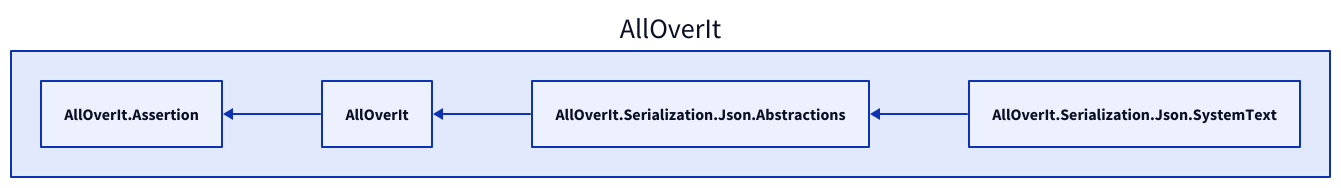
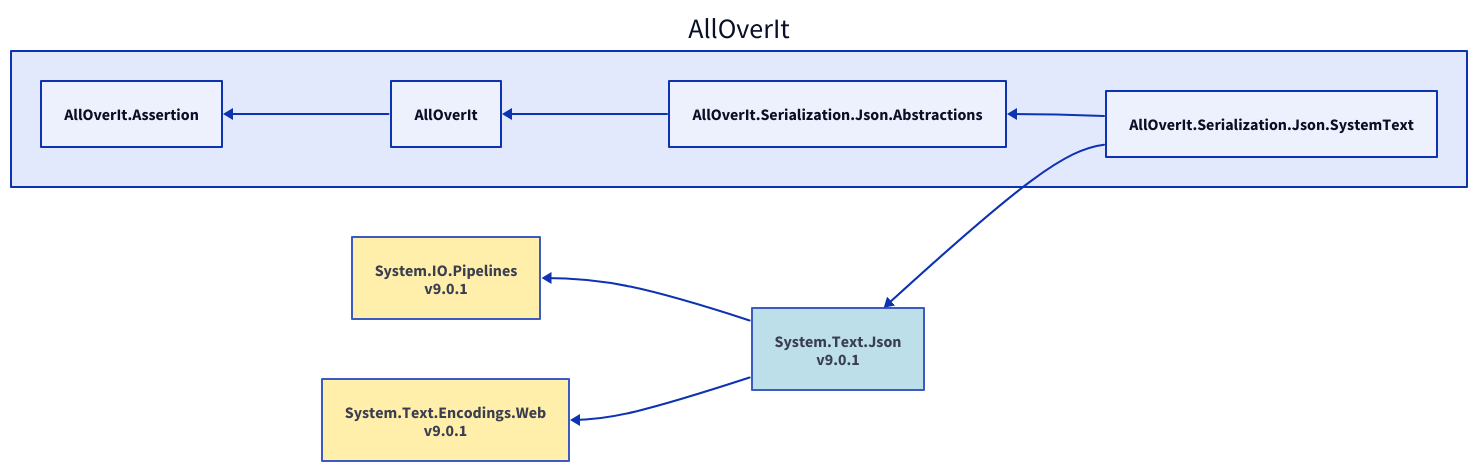
One commit to mjfreelancing/AllOverIt changed the diagram in Docs/Reference/Content/images/dependencies/net8.0/alloverit-serialization-json-systemtext.d2. Above: the diagram before and after it, drawn with D2. The commit also changed 65 other files, not shown here.

```diff
--- a/Docs/Reference/Content/images/dependencies/net8.0/alloverit-serialization-json-systemtext.d2
+++ b/Docs/Reference/Content/images/dependencies/net8.0/alloverit-serialization-json-systemtext.d2
@@ -1,10 +1,22 @@
 direction: left
 
 aoi: AllOverIt
 aoi.alloverit-serialization-json-systemtext: AllOverIt.Serialization.Json.SystemText
+system-text-json_9-0-1: System.Text.Json\nv9.0.1
+system-text-json_9-0-1.style.fill: "#ADD8E6"
+system-text-json_9-0-1.style.opacity: 0.8
+system-io-pipelines_9-0-1: System.IO.Pipelines\nv9.0.1
+system-io-pipelines_9-0-1.style.fill: "#FFEC96"
+system-io-pipelines_9-0-1.style.opacity: 0.8
+system-io-pipelines_9-0-1 <- system-text-json_9-0-1
+system-text-encodings-web_9-0-1: System.Text.Encodings.Web\nv9.0.1
+system-text-encodings-web_9-0-1.style.fill: "#FFEC96"
+system-text-encodings-web_9-0-1.style.opacity: 0.8
+system-text-encodings-web_9-0-1 <- system-text-json_9-0-1
+system-text-json_9-0-1 <- aoi.alloverit-serialization-json-systemtext
 aoi.alloverit-serialization-json-abstractions: AllOverIt.Serialization.Json.Abstractions
 aoi.alloverit: AllOverIt
 aoi.alloverit-assertion: AllOverIt.Assertion
 aoi.alloverit-assertion <- aoi.alloverit
 aoi.alloverit <- aoi.alloverit-serialization-json-abstractions
 aoi.alloverit-serialization-json-abstractions <- aoi.alloverit-serialization-json-systemtext
```
